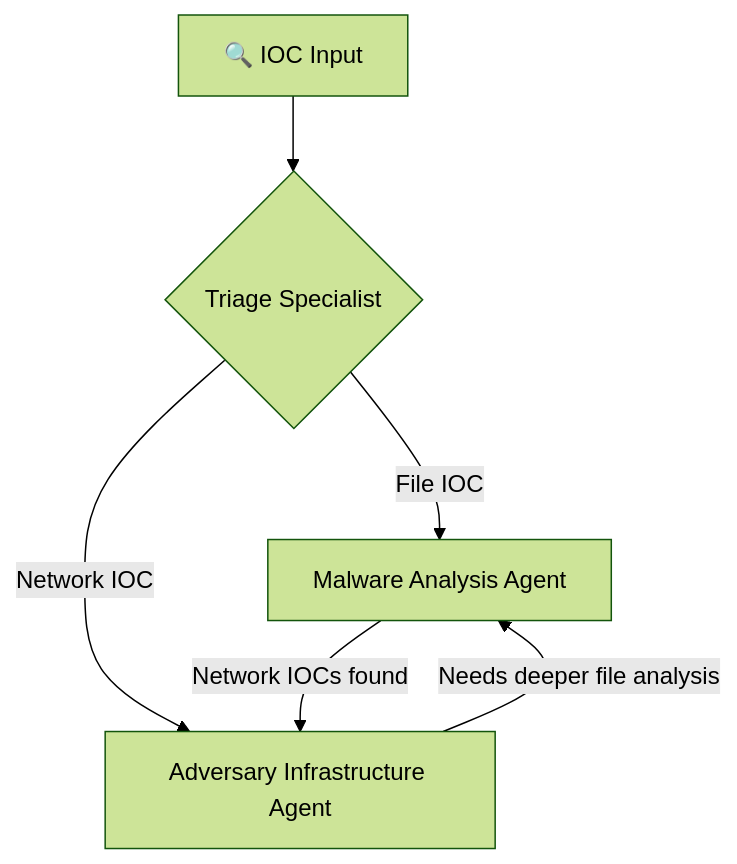
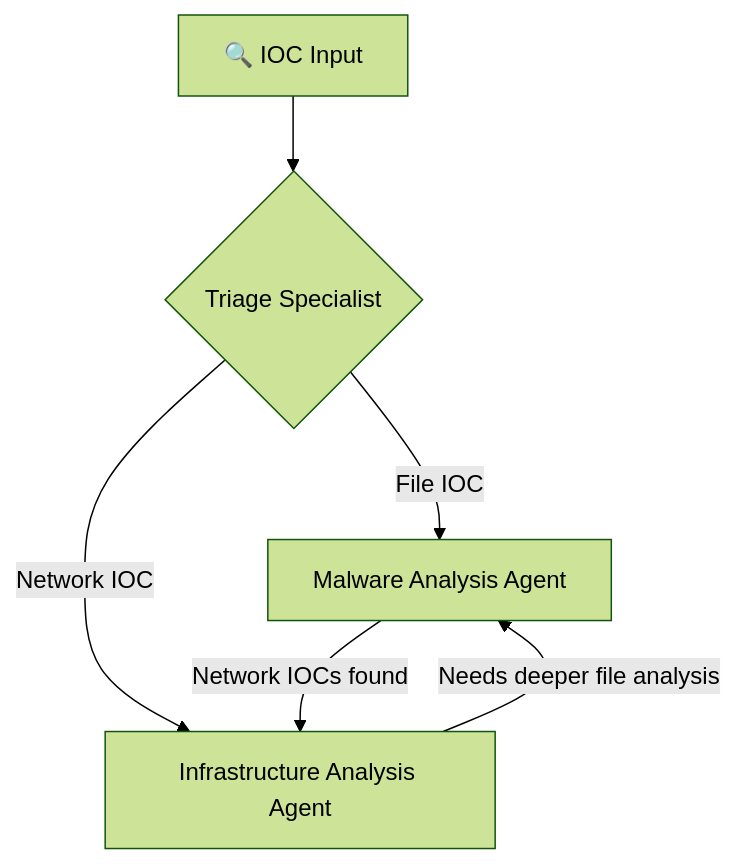
The diagram in README.md (repulsivityy/ai_threathunter), drawn with Mermaid (forest theme) before and after one commit. The commit also changed other lines of this file and 6 other files, not shown here.

````diff
--- a/README.md
+++ b/README.md
@@ -29,8 +29,8 @@
 ```mermaid
 graph TD
     A[🔍 IOC Input] --> B{Triage Specialist};
     B -- File IOC --> C[Malware Analysis Agent];
-    B -- Network IOC --> D[Adversary Infrastructure Agent];
+    B -- Network IOC --> D[Infrastructure Analysis Agent];
     C -- Network IOCs found --> D;
     D -- Needs deeper file analysis --> C;
 ```
````
